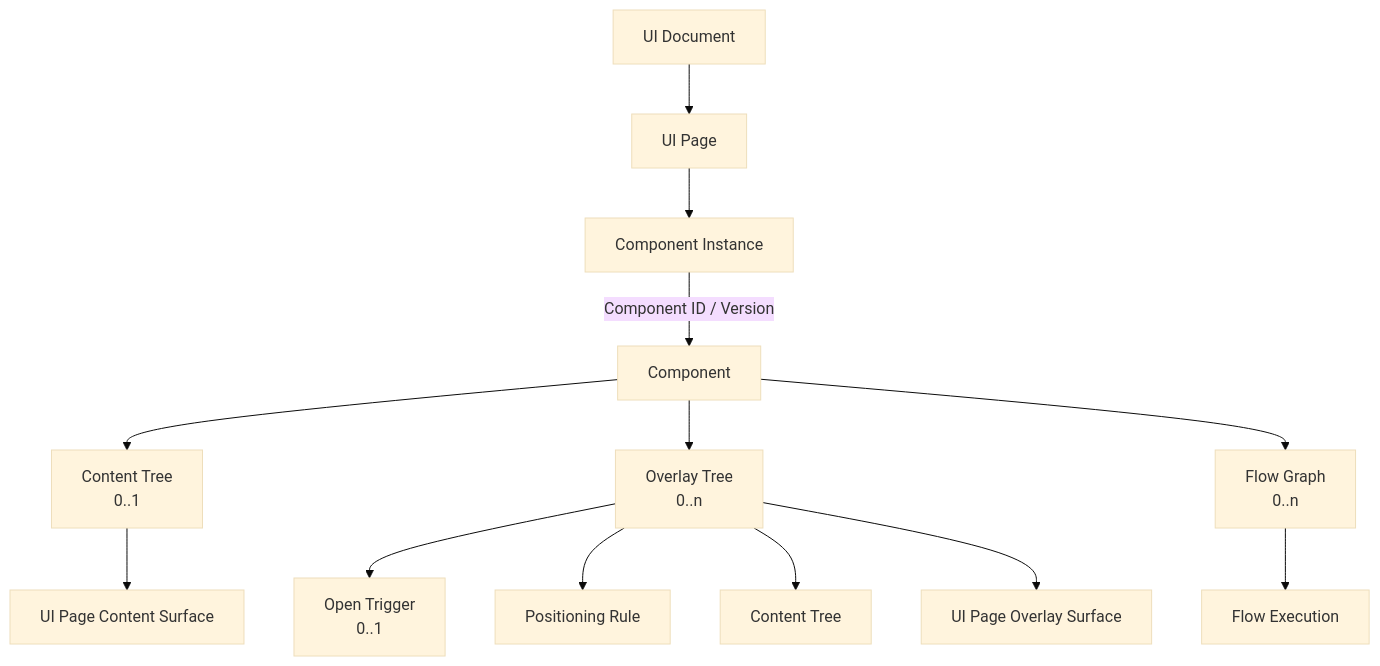
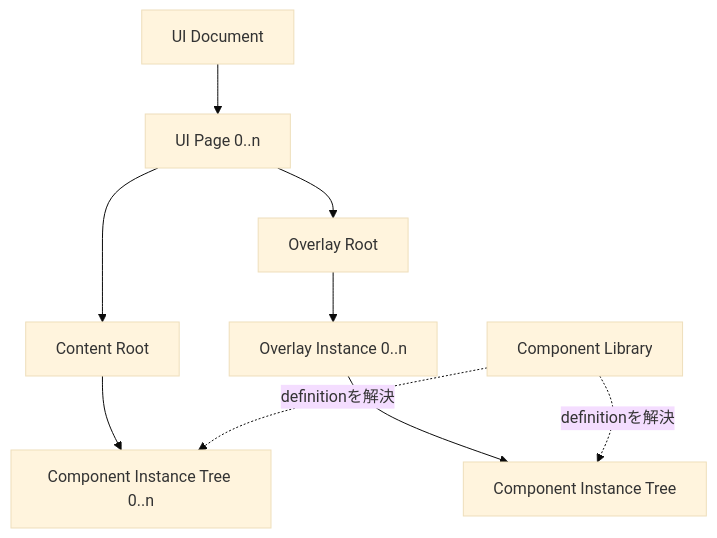
One commit to northwest-hcu/FlagShip changed the first of 3 diagrams in docs/architecture/05-ui-and-responsive-model.md. Above: the diagram before and after it, drawn with Mermaid (base theme). The commit also changed other lines of this file and 52 other files, not shown here.

````diff
--- a/docs/architecture/05-ui-and-responsive-model.md
+++ b/docs/architecture/05-ui-and-responsive-model.md
@@ -13,18 +13,11 @@
 ```mermaid
-flowchart TB
-    Document["UI Document"] --> Page["UI Page"]
-    Page --> Instance["Component Instance"]
-
-    Component["Component"] --> Content["Content Tree<br/>0..1"]
-    Component --> Overlay["Overlay Tree<br/>0..n"]
-    Component --> Graph["Flow Graph<br/>0..n"]
-
-    Overlay --> Trigger["Open Trigger<br/>0..1"]
-    Overlay --> Position["Positioning Rule"]
-    Overlay --> OverlayContent["Content Tree"]
-
-    Instance -->|"Component ID / Version"| Component
-    Content --> PageContent["UI Page Content Surface"]
-    Overlay --> PageOverlay["UI Page Overlay Surface"]
-    Graph --> Execution["Flow Execution"]
+flowchart TD
+    Document["UI Document"] --> Page["UI Page 0..n"]
+    Page --> ContentRoot["Content Root"]
+    Page --> OverlayRoot["Overlay Root"]
+    ContentRoot --> ContentInstance["Component Instance Tree 0..n"]
+    OverlayRoot --> OverlayInstance["Overlay Instance 0..n"]
+    OverlayInstance --> WrappedComponent["Component Instance Tree"]
+    Library["Component Library"] -. "definitionを解決" .-> ContentInstance
+    Library -. "definitionを解決" .-> WrappedComponent
 ```
````
